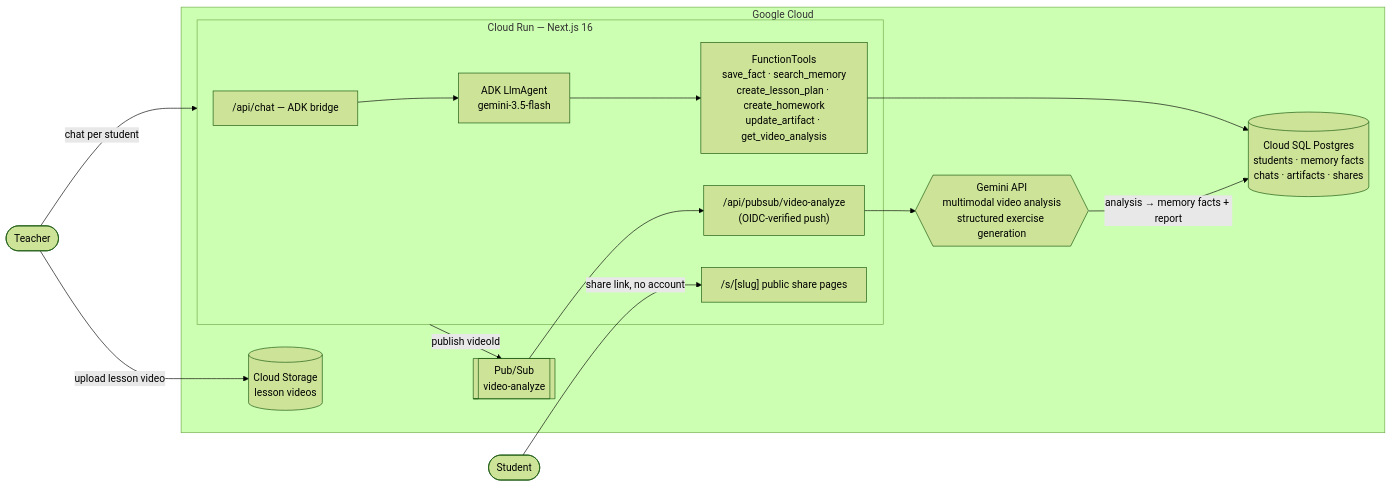
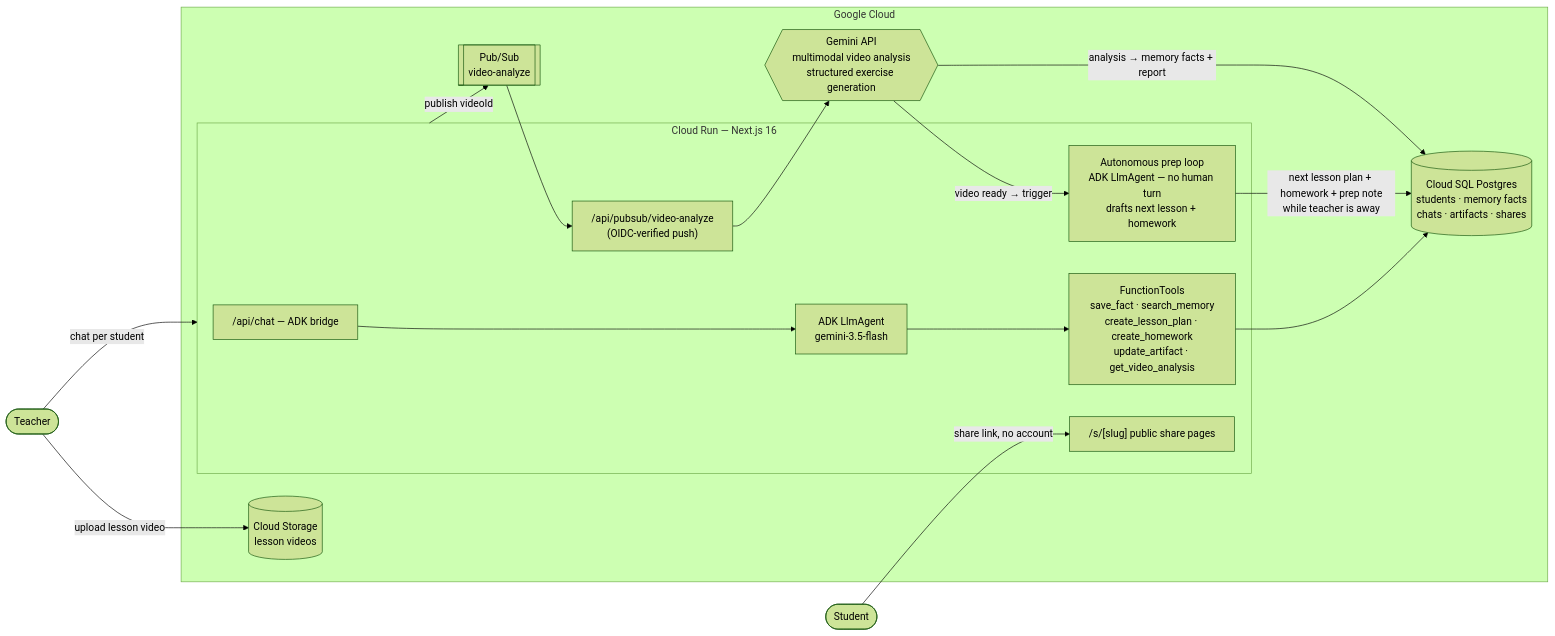
The diagram in README.md (Turanchoks/preproom), drawn with Mermaid (forest theme) before and after one commit. The commit also changed other lines of this file and 17 other files, not shown here.

````diff
--- a/README.md
+++ b/README.md
@@ -17,26 +28,29 @@
 ```mermaid
 flowchart LR
     T([Teacher]) -->|chat per student| RUN
 
     subgraph GCP[Google Cloud]
         subgraph RUN[Cloud Run — Next.js 16]
             CHAT["/api/chat — ADK bridge"]
             AGENT["ADK LlmAgent<br/>gemini-3.5-flash"]
             TOOLS["FunctionTools<br/>save_fact · search_memory<br/>create_lesson_plan · create_homework<br/>update_artifact · get_video_analysis"]
             PUSH["/api/pubsub/video-analyze<br/>(OIDC-verified push)"]
+            PREP["Autonomous prep loop<br/>ADK LlmAgent — no human turn<br/>drafts next lesson + homework"]
             SHARE["/s/[slug] public share pages"]
             CHAT --> AGENT --> TOOLS
         end
         SQL[(Cloud SQL Postgres<br/>students · memory facts<br/>chats · artifacts · shares)]
         GCS[(Cloud Storage<br/>lesson videos)]
         PS[[Pub/Sub<br/>video-analyze]]
         GEM{{Gemini API<br/>multimodal video analysis<br/>structured exercise generation}}
     end
 
     TOOLS --> SQL
     T -->|upload lesson video| GCS
     RUN -->|publish videoId| PS --> PUSH
     PUSH --> GEM
     GEM -->|analysis → memory facts + report| SQL
+    GEM -->|video ready → trigger| PREP
+    PREP -->|next lesson plan + homework + prep note<br/>while teacher is away| SQL
     S([Student]) -->|share link, no account| SHARE
 ```
````
